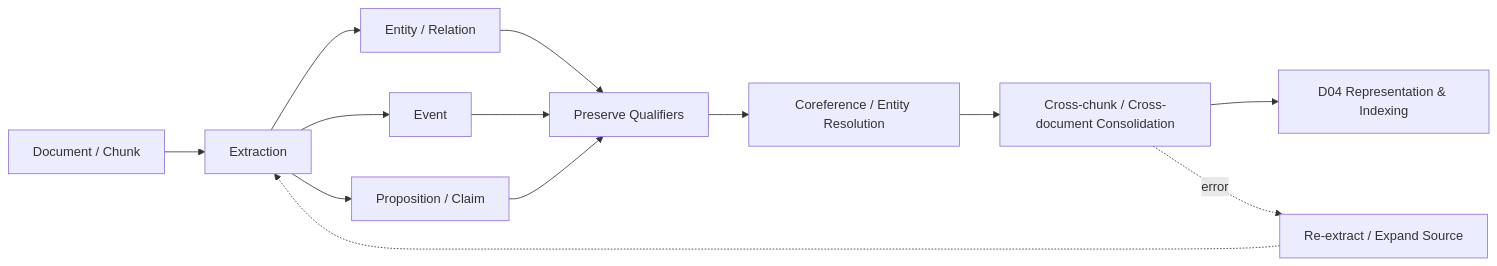
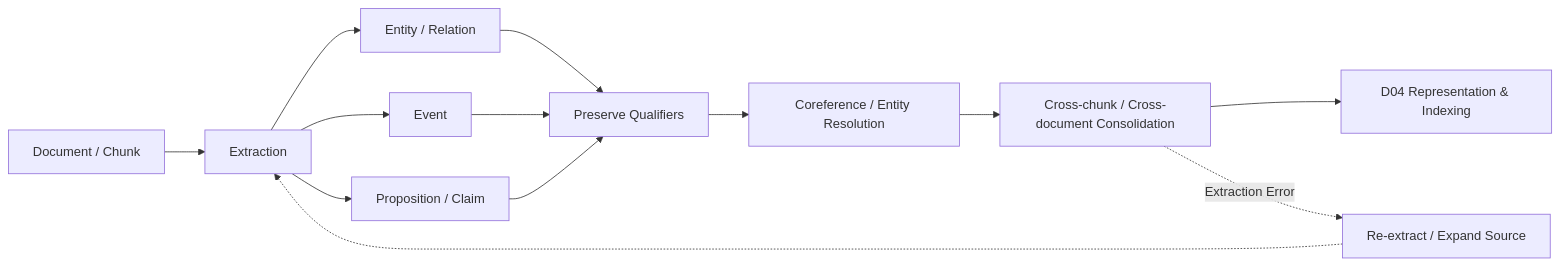
Before and after one commit to Cycl0n3-ga/RAG-survey: the diagram in 02 - 研究領域專題 (Research Domains)/Domain 03 - Knowledge Extraction & Information Preservation.md, drawn with Mermaid. The commit also changed other lines of this file and 2 other files, not shown here.

````diff
--- a/02 - 研究領域專題 (Research Domains)/Domain 03 - Knowledge Extraction & Information Preservation.md
+++ b/02 - 研究領域專題 (Research Domains)/Domain 03 - Knowledge Extraction & Information Preservation.md
@@ -15,15 +19,15 @@
 ```mermaid
 flowchart LR
     SRC["Document / Chunk"] --> IE["Extraction"]
     IE --> ER["Entity / Relation"]
     IE --> EV["Event"]
     IE --> PC["Proposition / Claim"]
     ER --> Q["Preserve Qualifiers"]
     EV --> Q
     PC --> Q
     Q --> RES["Coreference / Entity Resolution"]
     RES --> CONS["Cross-chunk / Cross-document Consolidation"]
     CONS --> D04["D04 Representation & Indexing"]
-    CONS -. "error" .-> REP["Re-extract / Expand Source"]
+    CONS -. "Extraction Error" .-> REP["Re-extract / Expand Source"]
     REP -.-> IE
 ```
````
